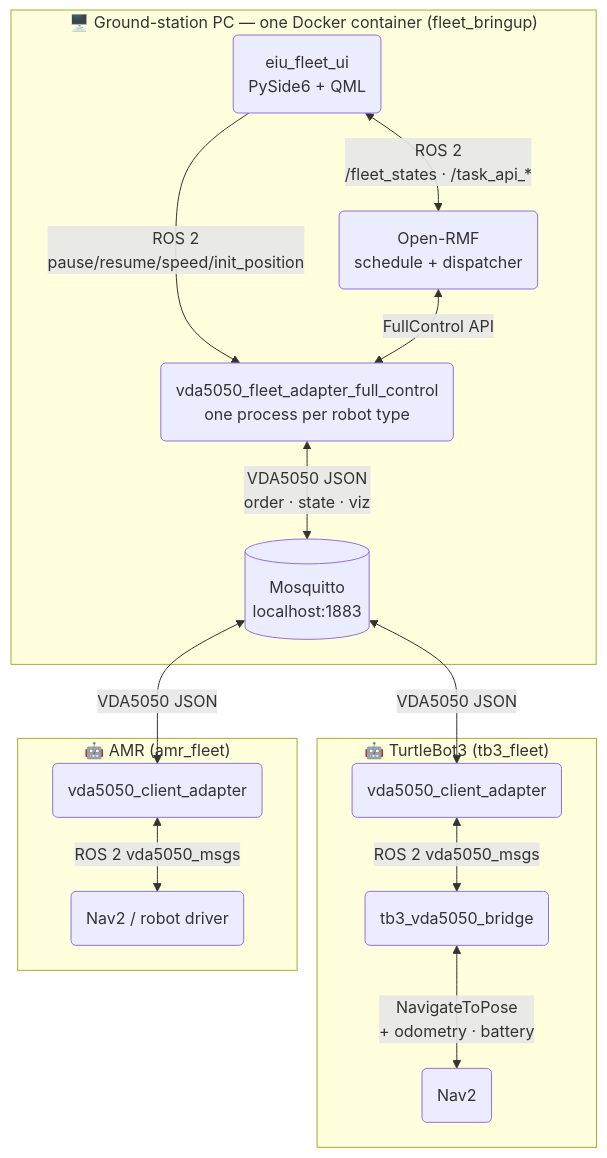
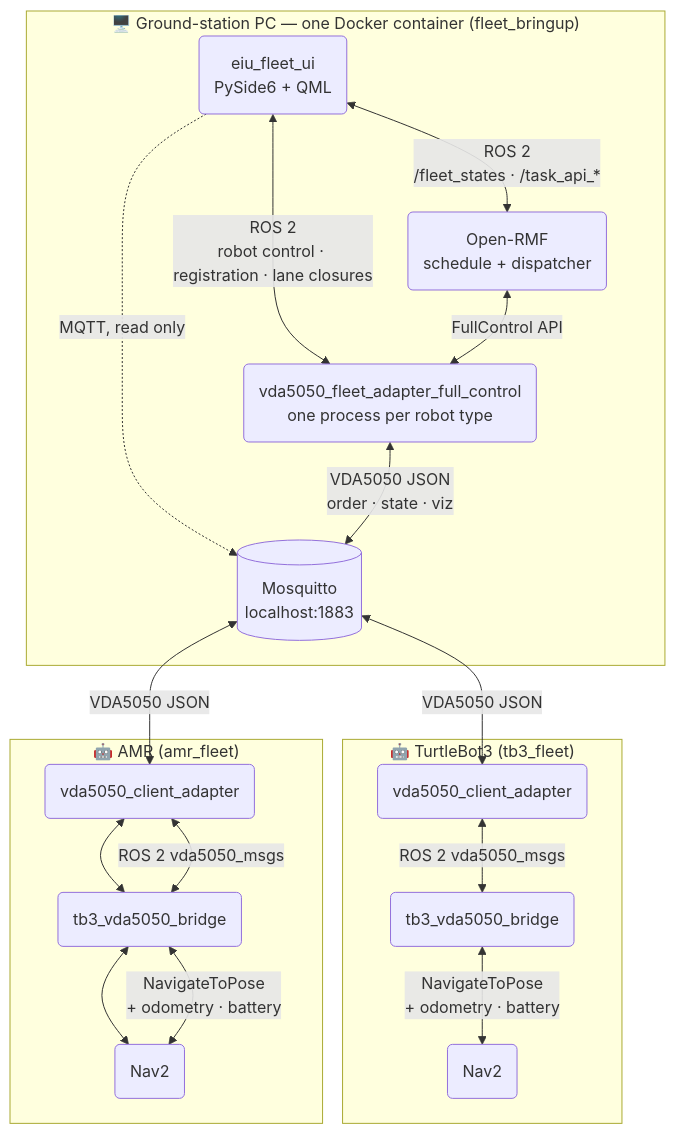
Before and after one commit to NhatTran-97/eiu-vda5050-support-open-rmf: the diagram in README.md, drawn with Mermaid. The commit also changed other lines of this file, not shown here.

Commit message:
README: rewrite in written style, fix system diagram, add third-party demo

````diff
--- a/README.md
+++ b/README.md
@@ -197,30 +197,35 @@
 ```mermaid
 flowchart TB
     subgraph pc ["🖥️  Ground-station PC — one Docker container (fleet_bringup)"]
         ui("eiu_fleet_ui\nPySide6 + QML")
         rmf("Open-RMF\nschedule + dispatcher")
         fa("vda5050_fleet_adapter_full_control\none process per robot type")
         broker[("Mosquitto\nlocalhost:1883")]
     end
 
     subgraph robot_tb3 ["🤖  TurtleBot3 (tb3_fleet)"]
         ca1("vda5050_client_adapter")
         br1("tb3_vda5050_bridge")
         nav2a("Nav2")
     end
 
     subgraph robot_amr ["🤖  AMR (amr_fleet)"]
         ca2("vda5050_client_adapter")
-        nav2b("Nav2 / robot driver")
+        br2("tb3_vda5050_bridge")
+        nav2b("Nav2")
+        ca2 <--> br2
+        br2 <--> nav2b
     end
 
     ui   <-->|"ROS 2\n/fleet_states · /task_api_*"| rmf
-    ui   -->|"ROS 2\npause/resume/speed/init_position"| fa
+    ui   <-->|"ROS 2\nrobot control · registration · lane closures"| fa
+    ui   -.->|"MQTT, read only"| broker
     rmf  <-->|"FullControl API"| fa
     fa   <-->|"VDA5050 JSON\norder · state · viz"| broker
     broker <-->|"VDA5050 JSON"| ca1
     broker <-->|"VDA5050 JSON"| ca2
     ca1  <-->|"ROS 2 vda5050_msgs"| br1
     br1  <-->|"NavigateToPose\n+ odometry · battery"| nav2a
-    ca2  <-->|"ROS 2 vda5050_msgs"| nav2b
+    ca2  <-->|"ROS 2 vda5050_msgs"| br2
+    br2  <-->|"NavigateToPose\n+ odometry · battery"| nav2b
 ```
````
